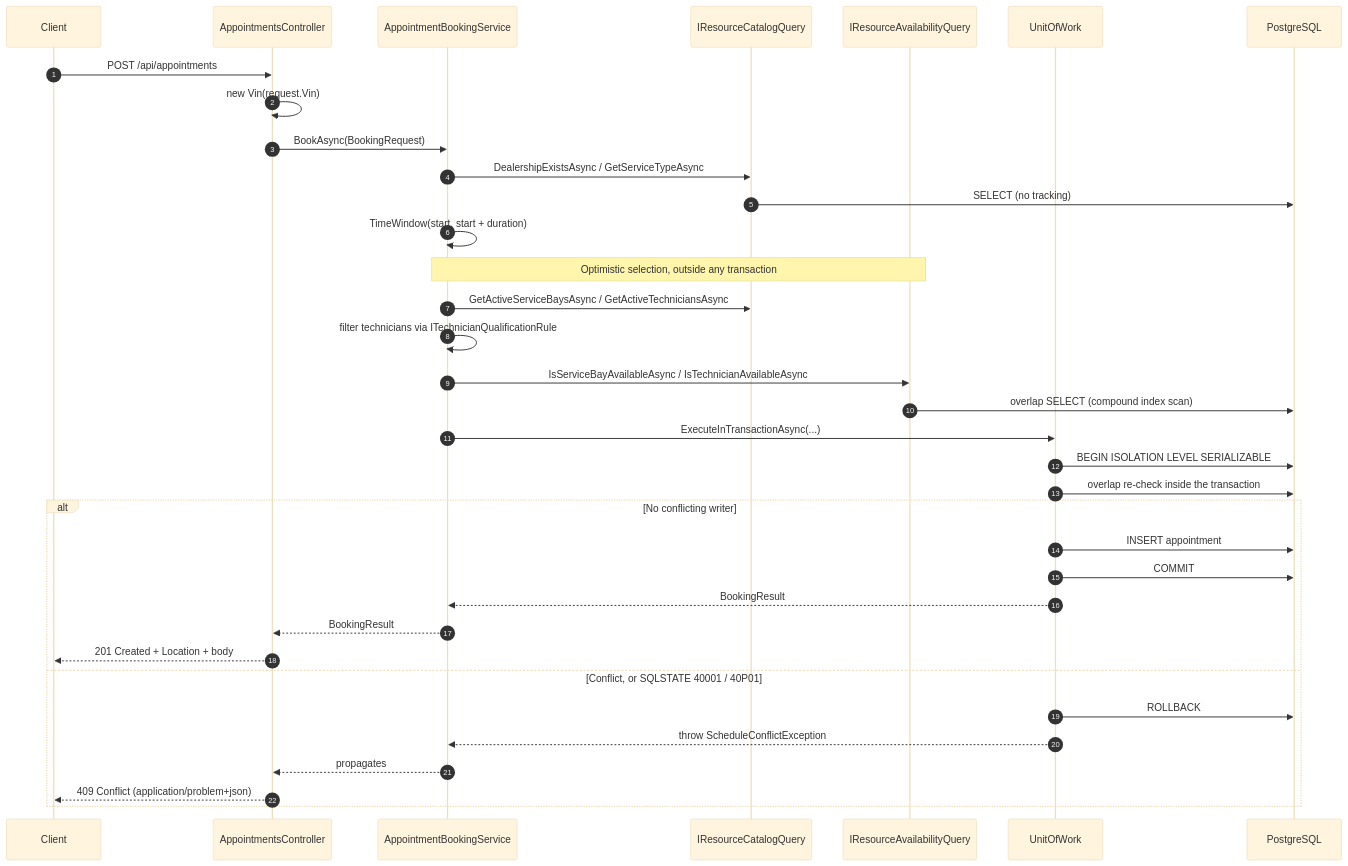
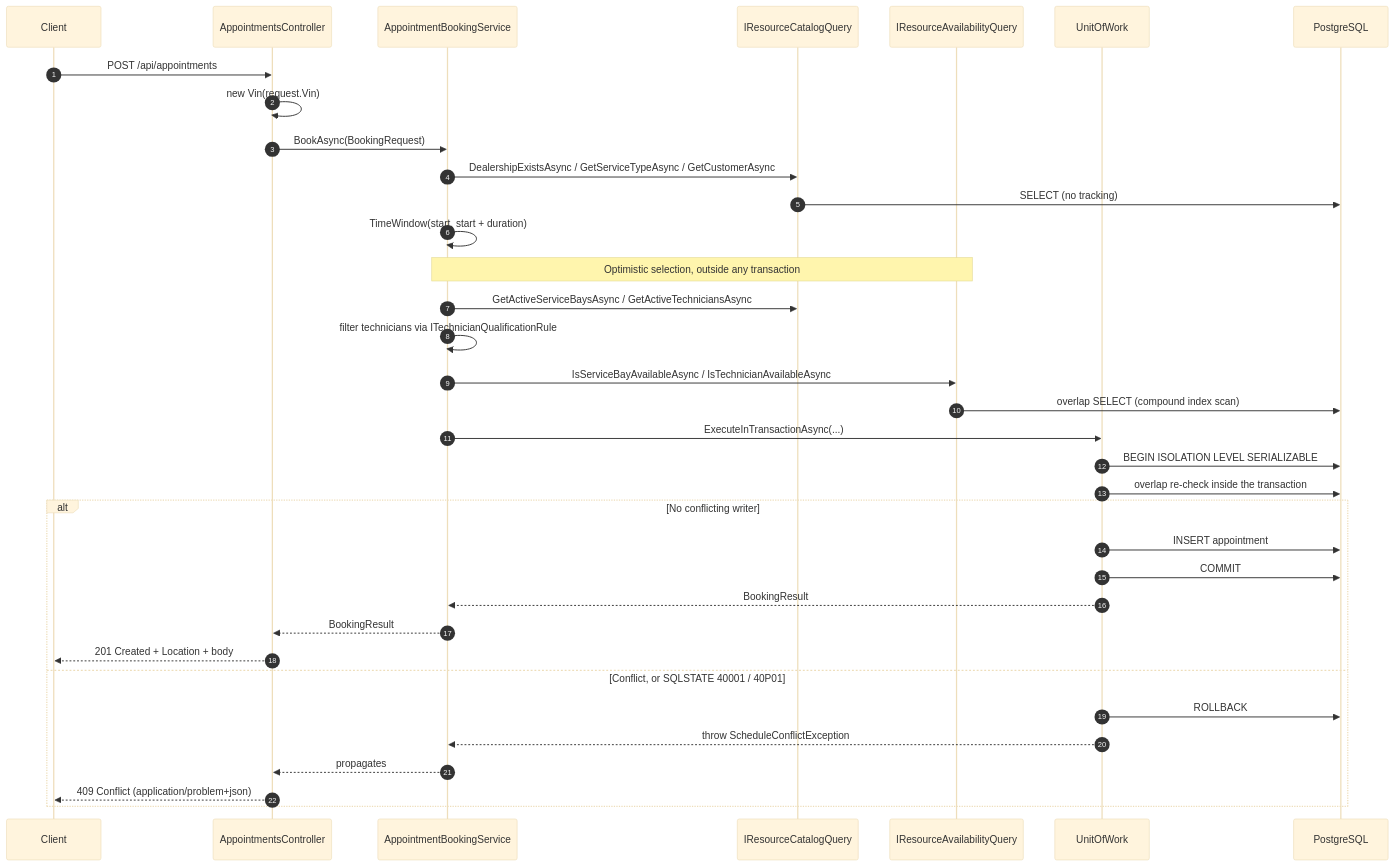
One commit to ducntq/keyloop-assessment changed the second of 4 diagrams in docs/system-design.md. Above: the diagram before and after it, drawn with Mermaid (base theme). The commit also changed other lines of this file and 29 other files, not shown here.

````diff
--- a/docs/system-design.md
+++ b/docs/system-design.md
@@ -90,42 +90,42 @@
 ```mermaid
 sequenceDiagram
     autonumber
     participant C as Client
     participant Ctrl as AppointmentsController
     participant Svc as AppointmentBookingService
     participant Cat as IResourceCatalogQuery
     participant Av as IResourceAvailabilityQuery
     participant UoW as UnitOfWork
     participant DB as PostgreSQL
 
     C->>Ctrl: POST /api/appointments
     Ctrl->>Ctrl: new Vin(request.Vin)
     Ctrl->>Svc: BookAsync(BookingRequest)
 
-    Svc->>Cat: DealershipExistsAsync / GetServiceTypeAsync
+    Svc->>Cat: DealershipExistsAsync / GetServiceTypeAsync / GetCustomerAsync
     Cat->>DB: SELECT (no tracking)
     Svc->>Svc: TimeWindow(start, start + duration)
 
     Note over Svc,Av: Optimistic selection, outside any transaction
     Svc->>Cat: GetActiveServiceBaysAsync / GetActiveTechniciansAsync
     Svc->>Svc: filter technicians via ITechnicianQualificationRule
     Svc->>Av: IsServiceBayAvailableAsync / IsTechnicianAvailableAsync
     Av->>DB: overlap SELECT (compound index scan)
 
     Svc->>UoW: ExecuteInTransactionAsync(...)
     UoW->>DB: BEGIN ISOLATION LEVEL SERIALIZABLE
     UoW->>DB: overlap re-check inside the transaction
 
     alt No conflicting writer
         UoW->>DB: INSERT appointment
         UoW->>DB: COMMIT
         UoW-->>Svc: BookingResult
         Svc-->>Ctrl: BookingResult
         Ctrl-->>C: 201 Created + Location + body
     else Conflict, or SQLSTATE 40001 / 40P01
         UoW->>DB: ROLLBACK
         UoW-->>Svc: throw ScheduleConflictException
         Svc-->>Ctrl: propagates
         Ctrl-->>C: 409 Conflict (application/problem+json)
     end
 ```
````
